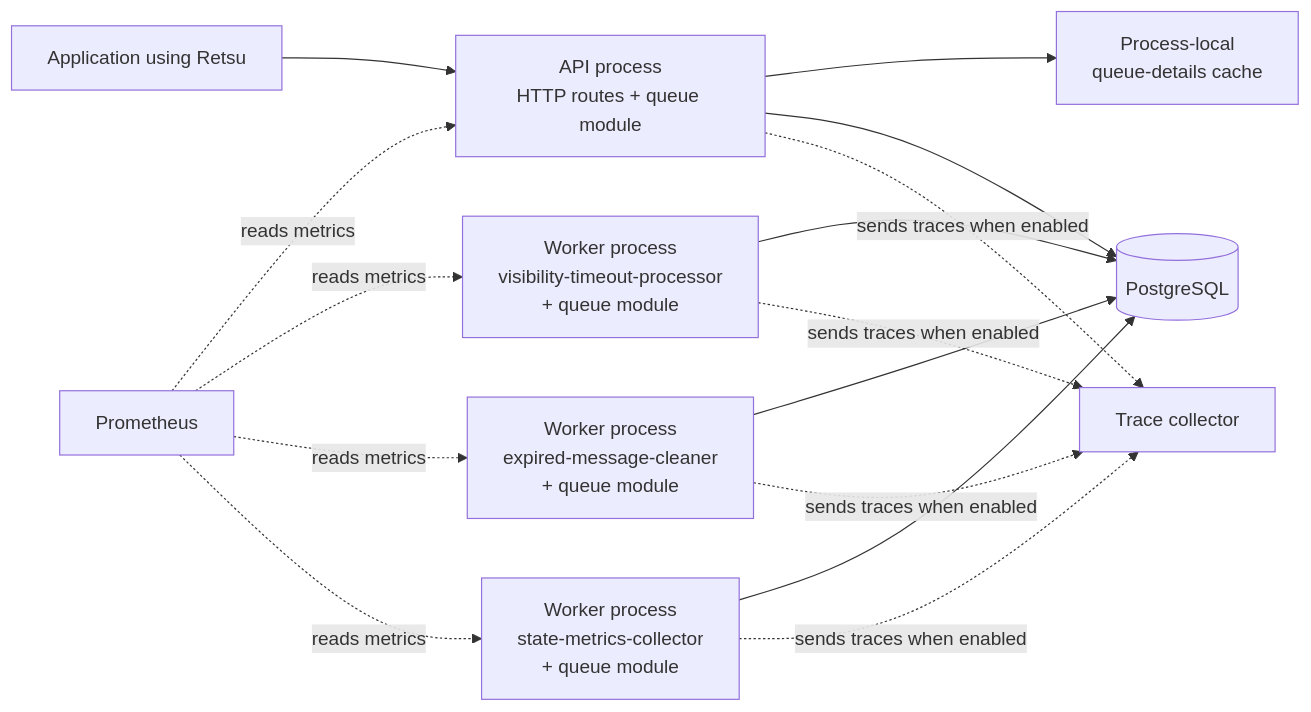
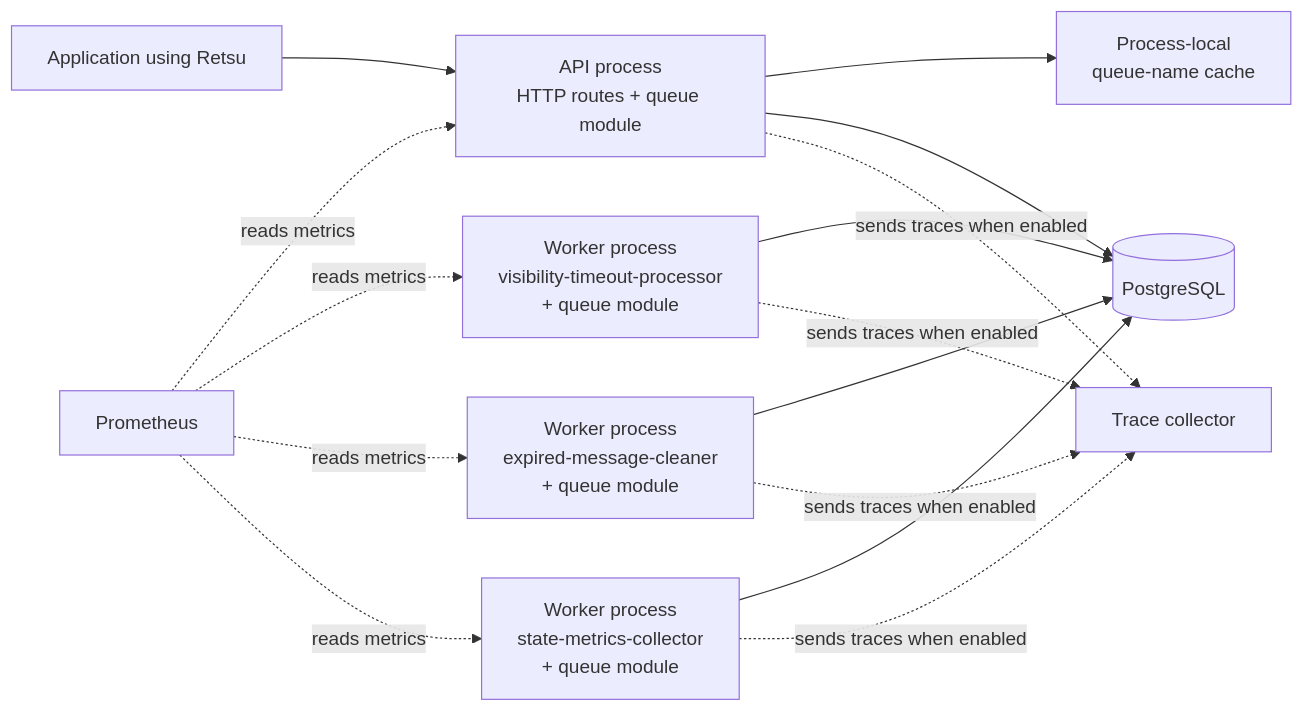
Before and after one commit to karanbalani/retsu: the first of 2 diagrams in docs/architecture.md, drawn with Mermaid. The commit also changed other lines of this file and 27 other files, not shown here.

Commit message:
refactor: cache immutable queue names only

````diff
--- a/docs/architecture.md
+++ b/docs/architecture.md
@@ -9,17 +9,17 @@
 ```mermaid
 flowchart LR
     Client["Application using Retsu"] --> API["API process<br/>HTTP routes + queue module"]
-    API --> Cache["Process-local<br/>queue-details cache"]
+    API --> Cache["Process-local<br/>queue-name cache"]
     Timeout["Worker process<br/>visibility-timeout-processor<br/>+ queue module"] --> Database[("PostgreSQL")]
     Cleaner["Worker process<br/>expired-message-cleaner<br/>+ queue module"] --> Database
     State["Worker process<br/>state-metrics-collector<br/>+ queue module"] --> Database
     API --> Database
     Prometheus["Prometheus"] -. "reads metrics" .-> API
     Prometheus -. "reads metrics" .-> Timeout
     Prometheus -. "reads metrics" .-> Cleaner
     Prometheus -. "reads metrics" .-> State
     API -. "sends traces when enabled" .-> Collector["Trace collector"]
     Timeout -. "sends traces when enabled" .-> Collector
     Cleaner -. "sends traces when enabled" .-> Collector
     State -. "sends traces when enabled" .-> Collector
 ```
````
